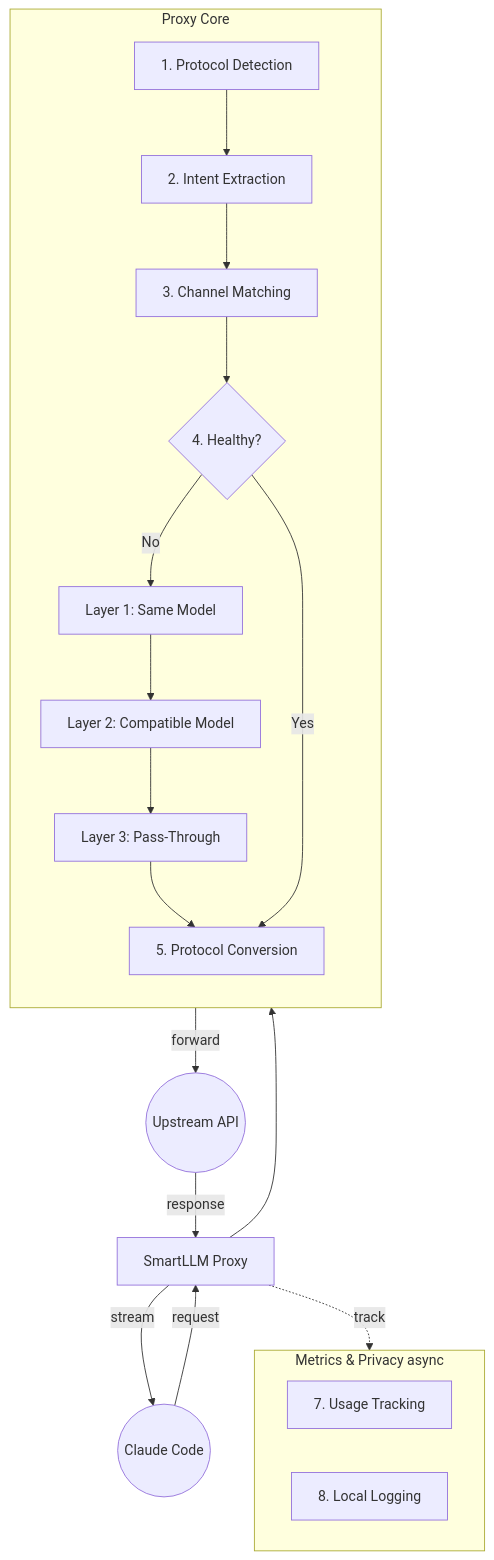
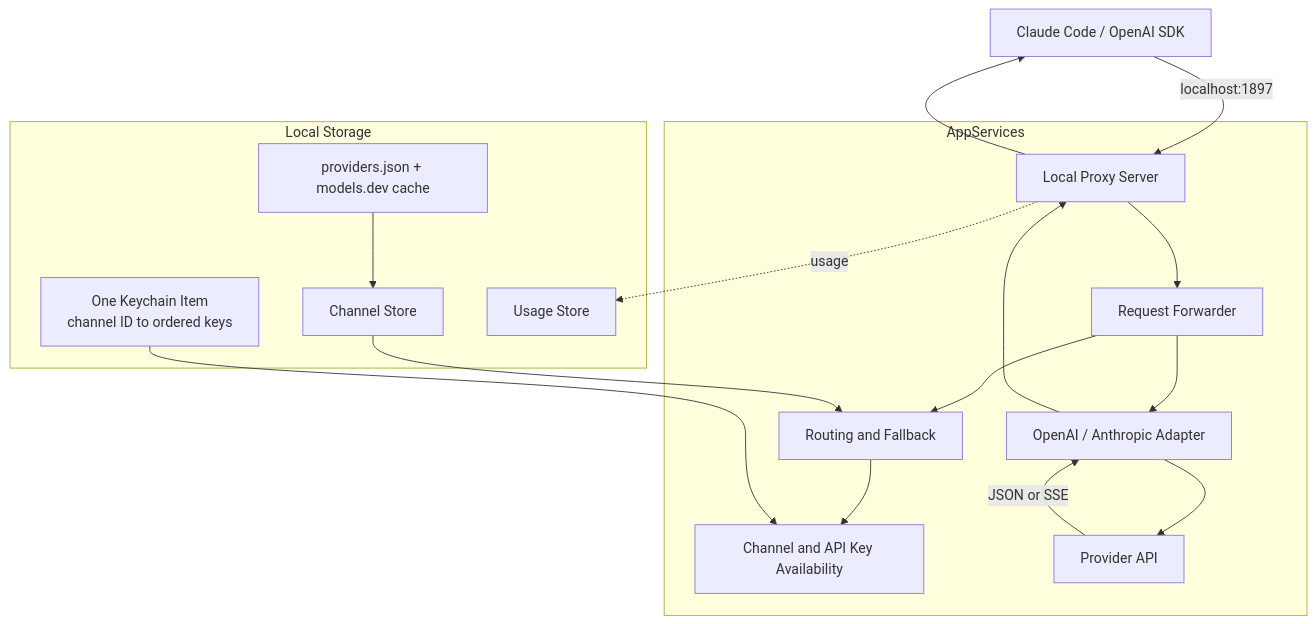
The seventh of 8 diagrams in README.md (rickytan/SmartLLMRouter), drawn with Mermaid before and after one commit. The commit also changed other lines of this file and 1 other file, not shown here.

````diff
--- a/README.md
+++ b/README.md
@@ -279,32 +279,27 @@
 ```mermaid
 flowchart TD
-    Client((Claude Code)) -- request --> ProxyNode[SmartLLM Proxy]
-    
-    subgraph ProxyCore [Proxy Core]
-        direction TB
-        Detect[1. Protocol Detection]
-        Extract[2. Intent Extraction]
-        Match[3. Channel Matching]
-        Check{4. Healthy?}
-        L1[Layer 1: Same Model]
-        L2[Layer 2: Compatible Model]
-        L3[Layer 3: Pass-Through]
-        Convert[5. Protocol Conversion]
-        
-        Detect --> Extract --> Match --> Check
-        Check -- No --> L1 --> L2 --> L3 --> Convert
-        Check -- Yes --> Convert
+    Client[Claude Code / OpenAI SDK] -->|localhost:1897| Server[Local Proxy Server]
+
+    subgraph Services [AppServices]
+        Server --> Forwarder[Request Forwarder]
+        Forwarder --> Router[Routing and Fallback]
+        Router --> Availability[Channel and API Key Availability]
+        Forwarder --> Adapter[OpenAI / Anthropic Adapter]
+        Adapter --> Upstream[Provider API]
+        Upstream -->|JSON or SSE| Adapter
+        Adapter --> Server
     end
 
-    ProxyNode --> ProxyCore
-    Convert -- forward --> UpstreamAPI((Upstream API))
-    UpstreamAPI -- response --> ProxyNode
-    
-    subgraph Metrics [Metrics & Privacy async]
-        Usage[7. Usage Tracking]
-        Log[8. Local Logging]
+    subgraph Storage [Local Storage]
+        Channels[Channel Store]
+        Keys[One Keychain Item\nchannel ID to ordered keys]
+        Stats[Usage Store]
+        Templates[providers.json + models.dev cache]
     end
-    
-    ProxyNode -. track .-> Metrics
-    ProxyNode -- stream --> Client
+
+    Channels --> Router
+    Keys --> Availability
+    Templates --> Channels
+    Server -. usage .-> Stats
+    Server --> Client
 ```
````
